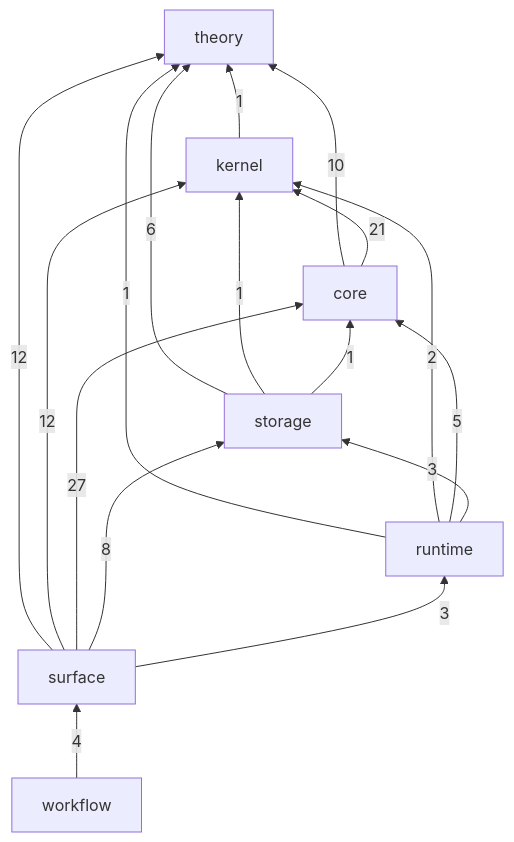
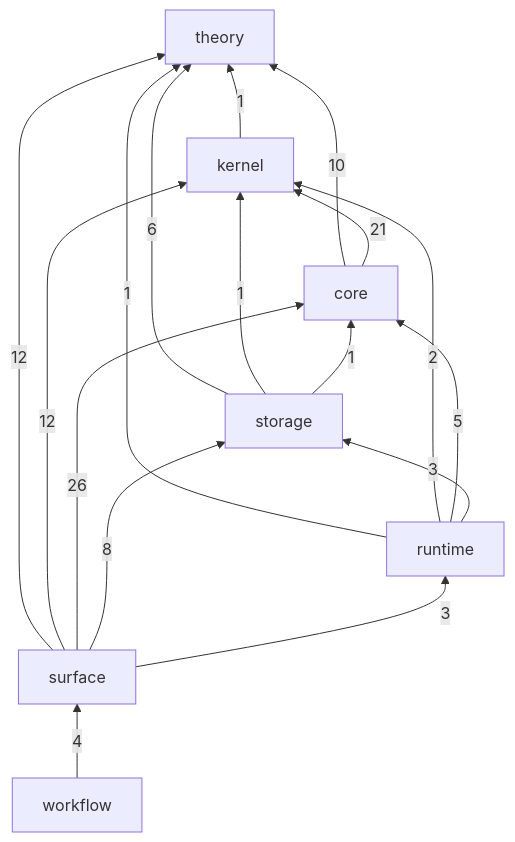
One commit to gandr-lang/gandr changed the diagram in ledger/README.md. Above: the diagram before and after it, drawn with Mermaid. The commit also changed 19 other files, not shown here.

````diff
--- a/ledger/README.md
+++ b/ledger/README.md
@@ -28,26 +28,26 @@
 ```mermaid
 flowchart BT
   theory
   kernel
   core
   storage
   runtime
   surface
   workflow
   kernel -->|1| theory
   core -->|10| theory
   core -->|21| kernel
   storage -->|6| theory
   storage -->|1| kernel
   storage -->|1| core
   runtime -->|1| theory
   runtime -->|2| kernel
   runtime -->|5| core
   runtime -->|3| storage
   surface -->|12| theory
   surface -->|12| kernel
-  surface -->|27| core
+  surface -->|26| core
   surface -->|8| storage
   surface -->|3| runtime
   workflow -->|4| surface
 ```
````
